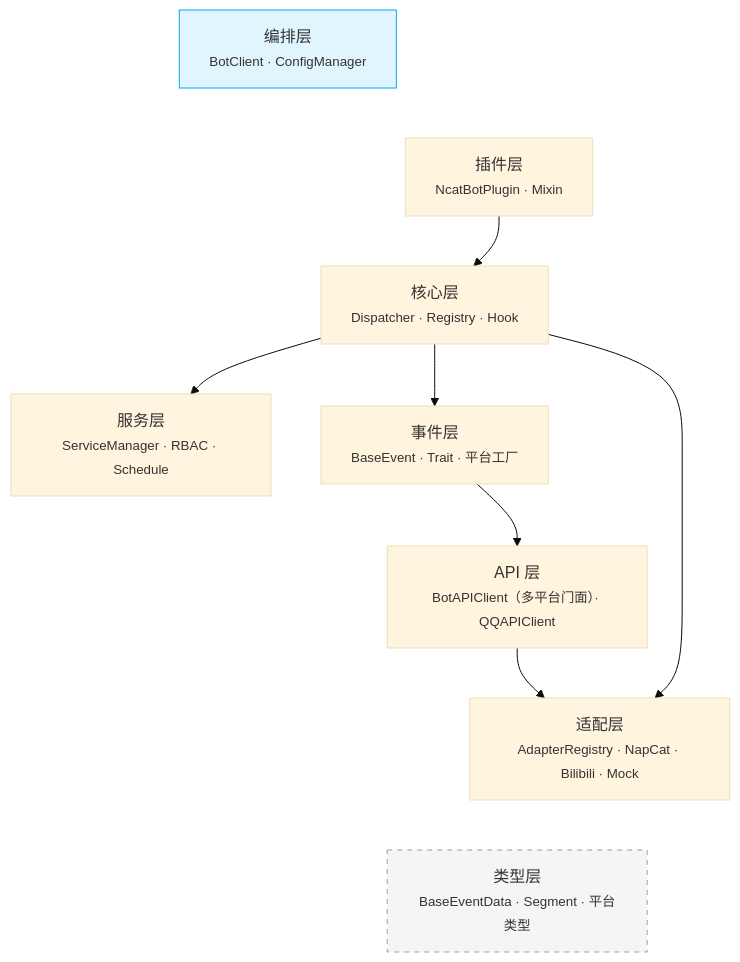
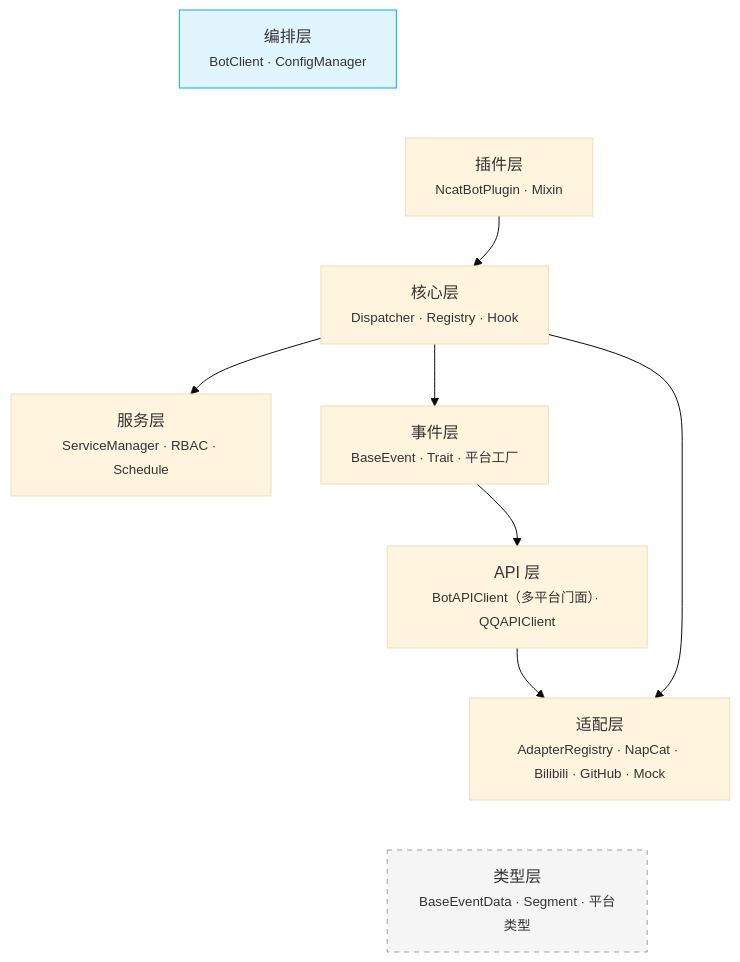
The first of 16 diagrams in docs/architecture.md (Sparrived/ncatbot), drawn with Mermaid (base theme) before and after one commit. The commit also changed other lines of this file and 30 other files, not shown here.

Commit message:
docs: 更新现有文档适配 GitHub 平台

````diff
--- a/docs/architecture.md
+++ b/docs/architecture.md
@@ -154,30 +160,30 @@
 ```mermaid
 graph TB
     App["编排层<br/><small>BotClient · ConfigManager</small>"]
 
     Plugin["插件层<br/><small>NcatBotPlugin · Mixin</small>"]
     Core["核心层<br/><small>Dispatcher · Registry · Hook</small>"]
     Service["服务层<br/><small>ServiceManager · RBAC · Schedule</small>"]
     API["API 层<br/><small>BotAPIClient（多平台门面）· QQAPIClient</small>"]
     Event["事件层<br/><small>BaseEvent · Trait · 平台工厂</small>"]
-    Adapter["适配层<br/><small>AdapterRegistry · NapCat · Bilibili · Mock</small>"]
+    Adapter["适配层<br/><small>AdapterRegistry · NapCat · Bilibili · GitHub · Mock</small>"]
 
     Plugin --> Core
     Core --> Service
     Core --> Event
     Core --> Adapter
     Event --> API
     API --> Adapter
 
     Types["类型层<br/><small>BaseEventData · Segment · 平台类型</small>"]
 
     App ~~~ Plugin
     App ~~~ Service
     App ~~~ Core
 
     Adapter ~~~ Types
     Event ~~~ Types
 
     style App fill:#e1f5fe,stroke:#03a9f4
     style Types fill:#f5f5f5,stroke:#9e9e9e,stroke-dasharray: 5 5
 ```
````
